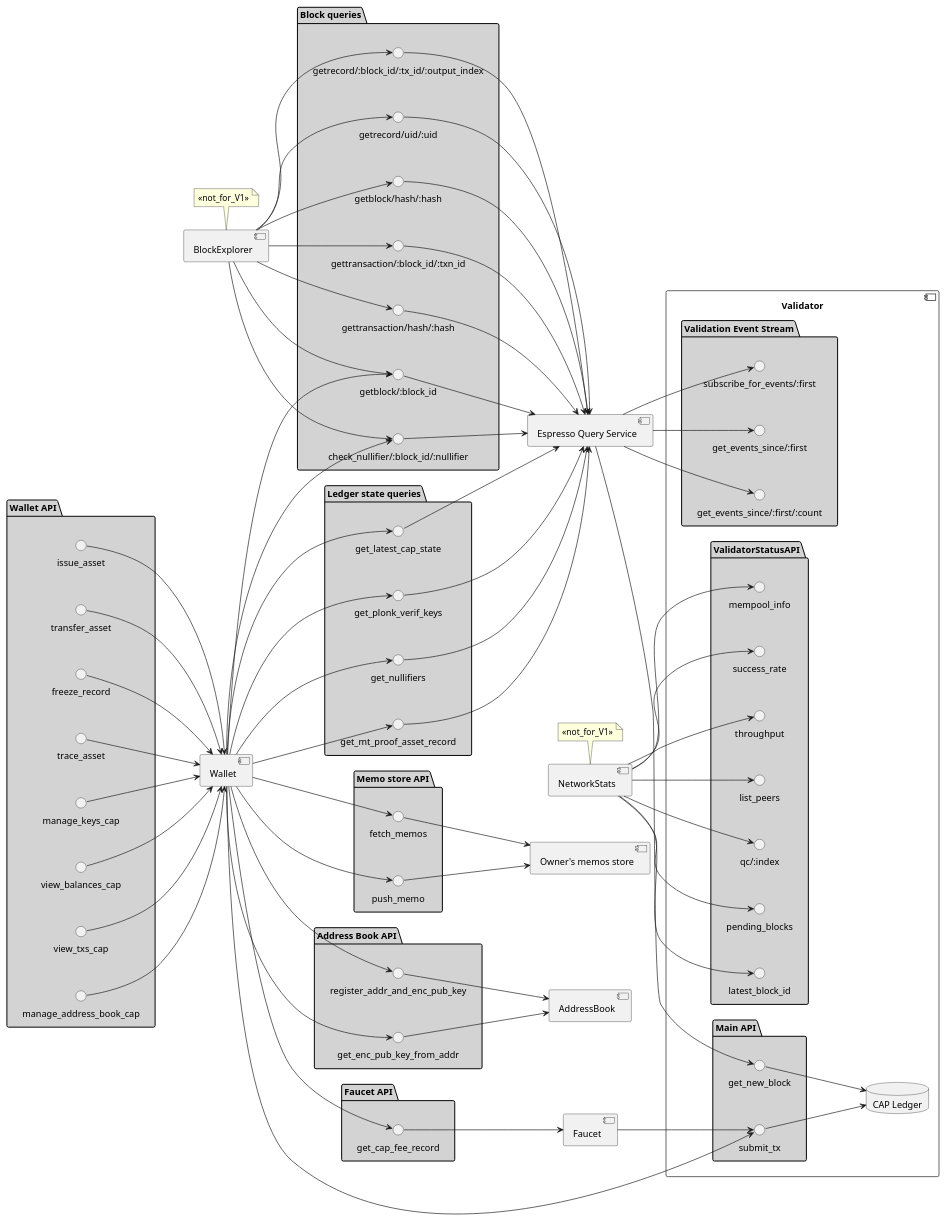
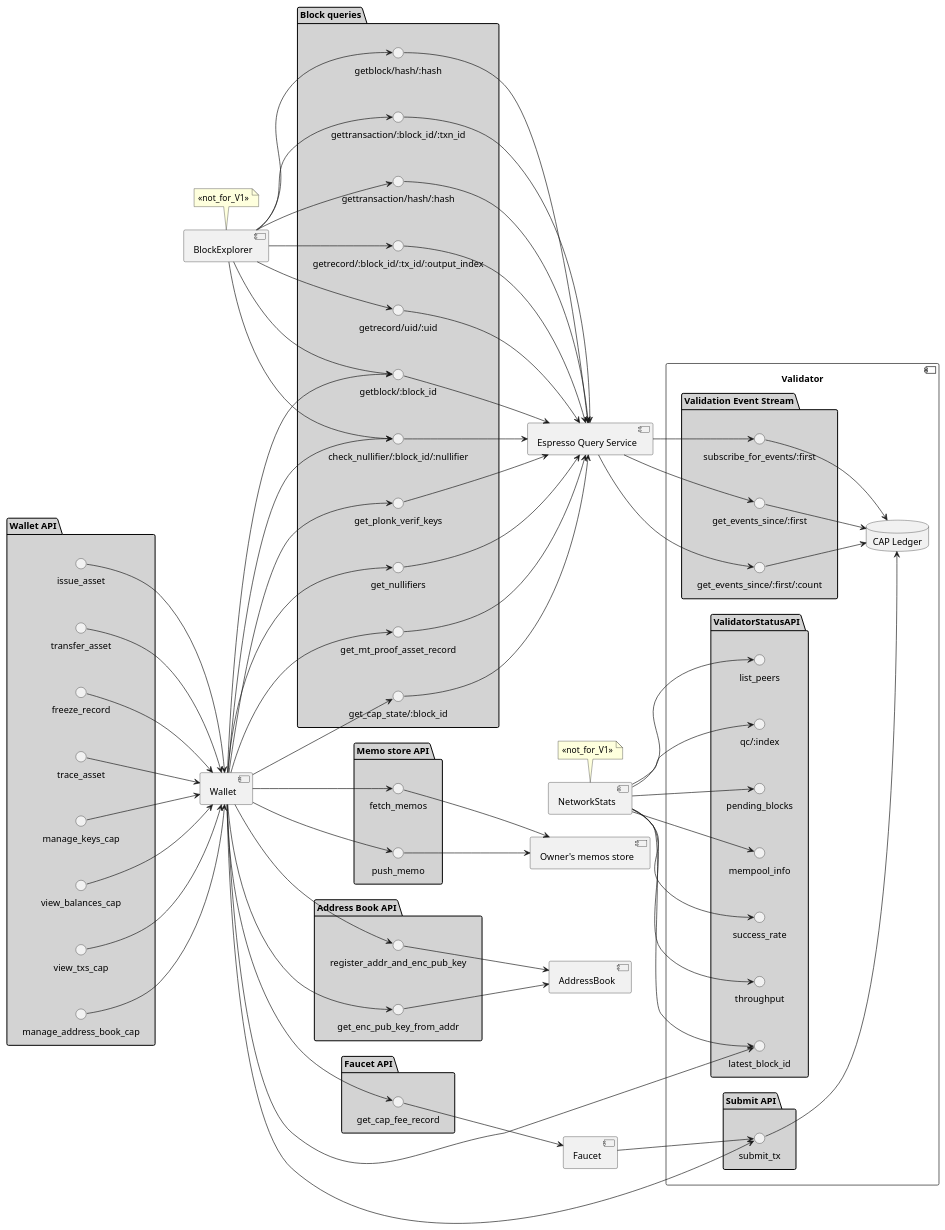
One commit to EspressoSystems/espresso changed the diagram in doc/architecture/global_architecture_components_diagram.puml. Above: the diagram before and after it, drawn with PlantUML.

Commit message:
Make "Ledger State queries" part of "Block queries".

```diff
--- a/doc/architecture/global_architecture_components_diagram.puml
+++ b/doc/architecture/global_architecture_components_diagram.puml
@@ -1,138 +1,137 @@
 @startuml
 
 component "Wallet" as Wallet
 left to right direction
 
 package "Wallet API" #lightgray {
     issue_asset --> Wallet
     transfer_asset --> Wallet
     freeze_record --> Wallet
     trace_asset --> Wallet
     manage_keys_cap --> Wallet
     view_balances_cap --> Wallet
     view_txs_cap --> Wallet
     manage_address_book_cap --> Wallet
 }
 
 component "Espresso Query Service" as EsQS
 component BlockExplorer as BE
 note top of BE: <<not_for_V1>>
 
 component NetworkStats as NS
 note top of NS: <<not_for_V1>>
-
-package "Ledger state queries" as LSQ #lightgray {
-    get_latest_cap_state --> EsQS
-    get_plonk_verif_keys --> EsQS
-    get_nullifiers --> EsQS
-    get_mt_proof_asset_record --> EsQS
-}
-
 
 [Owner's memos store] as OMS
 package "Memo store API" #lightgray {
     interface fetch_memos
     interface push_memo
     fetch_memos --> OMS
     push_memo --> OMS
 }
 
 [AddressBook] as AB
 package "Address Book API" #lightgray {
     interface register_addr_and_enc_pub_key
     interface get_enc_pub_key_from_addr
     register_addr_and_enc_pub_key --> AB
     get_enc_pub_key_from_addr --> AB
 }
 
 [Faucet] as F
 package "Faucet API" #lightgray {
     get_cap_fee_record --> F
 }
 
 package "Block queries" as BQ #lightgray {
     interface "getblock/:block_id" as get_block_block_id
     interface  "getblock/hash/:hash" as get_block_hash
     interface  "gettransaction/:block_id/:txn_id" as get_transaction_block_id_tx_id
     interface "gettransaction/hash/:hash" as get_transaction_hash
     interface "getrecord/:block_id/:tx_id/:output_index" as get_record_block_id_tx_id_output_index
     interface "getrecord/uid/:uid" as get_record_uid
     interface "check_nullifier/:block_id/:nullifier" as check_nullifier_block_id_nullifier
+    interface "get_cap_state/:block_id" as get_cap_state_block_id
 
     get_block_block_id --> EsQS
     get_block_hash --> EsQS
     get_transaction_block_id_tx_id --> EsQS
     get_transaction_hash --> EsQS
     get_record_block_id_tx_id_output_index --> EsQS
     get_record_uid --> EsQS
     check_nullifier_block_id_nullifier --> EsQS
+
+    get_cap_state_block_id --> EsQS
+    get_plonk_verif_keys --> EsQS
+    get_nullifiers --> EsQS
+    get_mt_proof_asset_record --> EsQS
+
 }
 
 component Validator #white {
 
-    package "Main API" #lightgray {
+    package "Submit API" #lightgray {
         interface submit_tx
-        interface get_new_block
     }
 
     package ValidatorStatusAPI #lightgray {
         interface list_peers
         interface "qc/:index" as qc_index
         interface "pending_blocks"
         interface latest_block_id
         interface mempool_info
         interface success_rate
         interface throughput
     }
 
     package "Validation Event Stream" as VES #lightgray {
         interface "subscribe_for_events/:first" as sus_events_first
         interface  "get_events_since/:first" as get_events_since_first
         interface  "get_events_since/:first/:count" as get_events_since_first_count
     }
 
     database "CAP Ledger" as CAPLedger{
         submit_tx --> CAPLedger
-        get_new_block --> CAPLedger
     }
+
+    sus_events_first --> CAPLedger
+    get_events_since_first --> CAPLedger
+    get_events_since_first_count --> CAPLedger
 }
-
-EsQS --> get_new_block
-
 
 Wallet --> fetch_memos
 Wallet --> submit_tx
 Wallet --> push_memo
 Wallet --> get_mt_proof_asset_record
 Wallet --> register_addr_and_enc_pub_key
 Wallet --> get_enc_pub_key_from_addr
-Wallet --> get_latest_cap_state
+Wallet --> get_cap_state_block_id
 Wallet --> get_plonk_verif_keys
 Wallet --> get_cap_fee_record
 Wallet --> get_nullifiers
 Wallet --> get_block_block_id
 Wallet --> check_nullifier_block_id_nullifier
+Wallet --> latest_block_id
 
 BE --> get_block_block_id
 BE --> get_block_hash
 BE --> get_transaction_block_id_tx_id
 BE --> get_transaction_hash
 BE --> get_record_block_id_tx_id_output_index
 BE --> get_record_uid
 BE --> check_nullifier_block_id_nullifier
 
 NS --> list_peers
 NS --> qc_index
 NS --> latest_block_id
 NS --> pending_blocks
 NS --> mempool_info
 NS --> success_rate
 NS --> throughput
 
 EsQS --> sus_events_first
 EsQS --> get_events_since_first
 EsQS --> get_events_since_first_count
 
 F --> submit_tx
 
 @enduml
```
